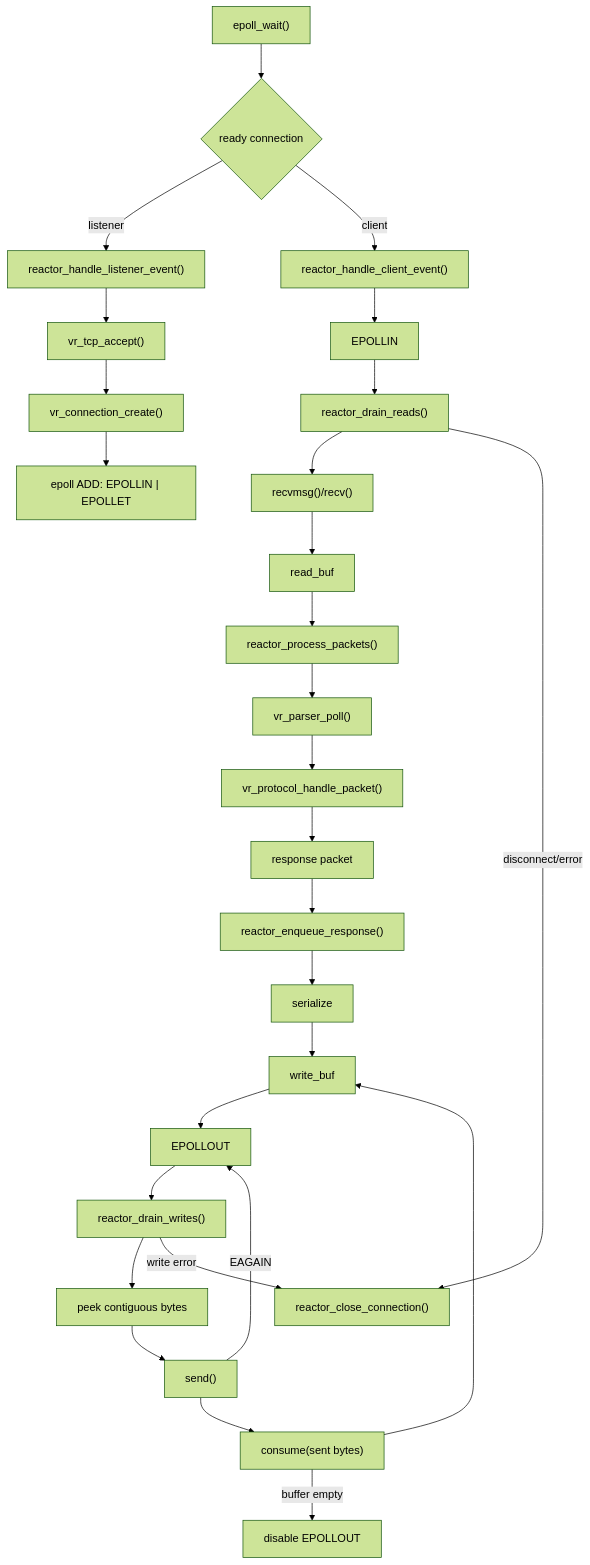
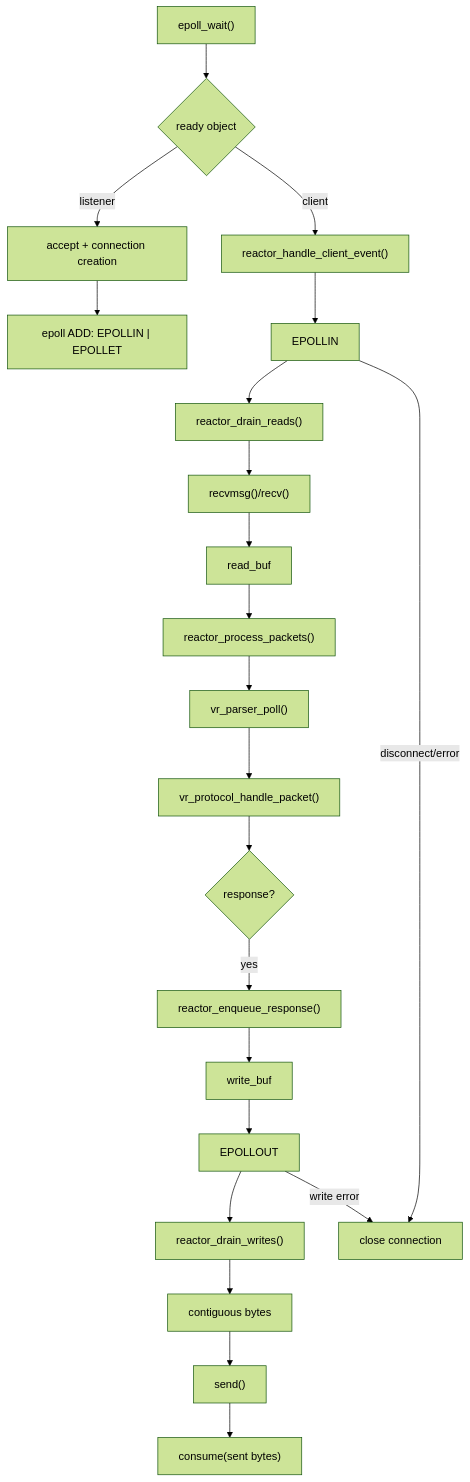
One commit to Vishisht-Dwivedi/Velora changed the second of 7 diagrams in README.md. Above: the diagram before and after it, drawn with Mermaid (forest theme). The commit also changed other lines of this file and 8 other files, not shown here.

Commit message:
reactor: upgraded the reactor to utilize the wrap-around contiguous functions

````diff
--- a/README.md
+++ b/README.md
@@ -87,38 +67,29 @@
 ```mermaid
 flowchart TD
-    A["epoll_wait()"] --> B{"ready connection"}
+    A["epoll_wait()"] --> B{"ready object"}
 
-    B -->|"listener"| C["reactor_handle_listener_event()"]
-    C --> D["vr_tcp_accept()"]
-    D --> E["vr_connection_create()"]
-    E --> F["epoll ADD: EPOLLIN | EPOLLET"]
+    B -->|"listener"| C["accept + connection creation"]
+    C --> D["epoll ADD: EPOLLIN | EPOLLET"]
 
-    B -->|"client"| G["reactor_handle_client_event()"]
+    B -->|"client"| E["reactor_handle_client_event()"]
 
-    G --> H["EPOLLIN"]
-    H --> I["reactor_drain_reads()"]
-    I --> J["recvmsg()/recv()"]
-    J --> K["read_buf"]
+    E --> F["EPOLLIN"]
+    F --> G["reactor_drain_reads()"]
+    G --> H["recvmsg()/recv()"]
+    H --> I["read_buf"]
+    I --> J["reactor_process_packets()"]
+    J --> K["vr_parser_poll()"]
+    K --> L["vr_protocol_handle_packet()"]
 
-    K --> L["reactor_process_packets()"]
-    L --> M["vr_parser_poll()"]
-    M --> N["vr_protocol_handle_packet()"]
+    L --> M{"response?"}
+    M -->|"yes"| N["reactor_enqueue_response()"]
+    N --> O["write_buf"]
+    O --> P["EPOLLOUT"]
+    P --> Q["reactor_drain_writes()"]
+    Q --> R["contiguous bytes"]
+    R --> S["send()"]
+    S --> T["consume(sent bytes)"]
 
-    N --> O["response packet"]
-    O --> P["reactor_enqueue_response()"]
-    P --> Q["serialize"]
-    Q --> R["write_buf"]
-    R --> S["EPOLLOUT"]
-
-    S --> T["reactor_drain_writes()"]
-    T --> U["peek contiguous bytes"]
-    U --> V["send()"]
-    V --> W["consume(sent bytes)"]
-    W --> R
-
-    V -->|"EAGAIN"| S
-    W -->|"buffer empty"| X["disable EPOLLOUT"]
-
-    I -->|"disconnect/error"| Y["reactor_close_connection()"]
-    T -->|"write error"| Y
+    F -->|"disconnect/error"| X["close connection"]
+    P -->|"write error"| X
 ```
````
